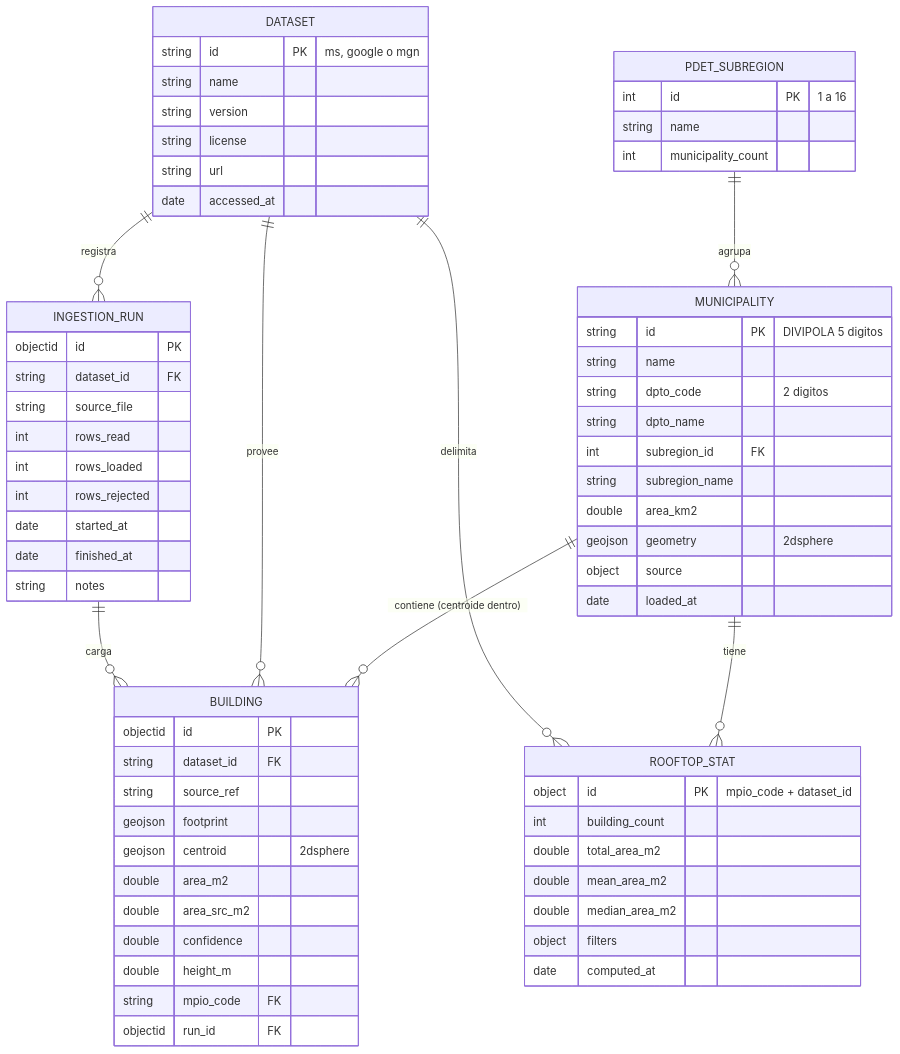
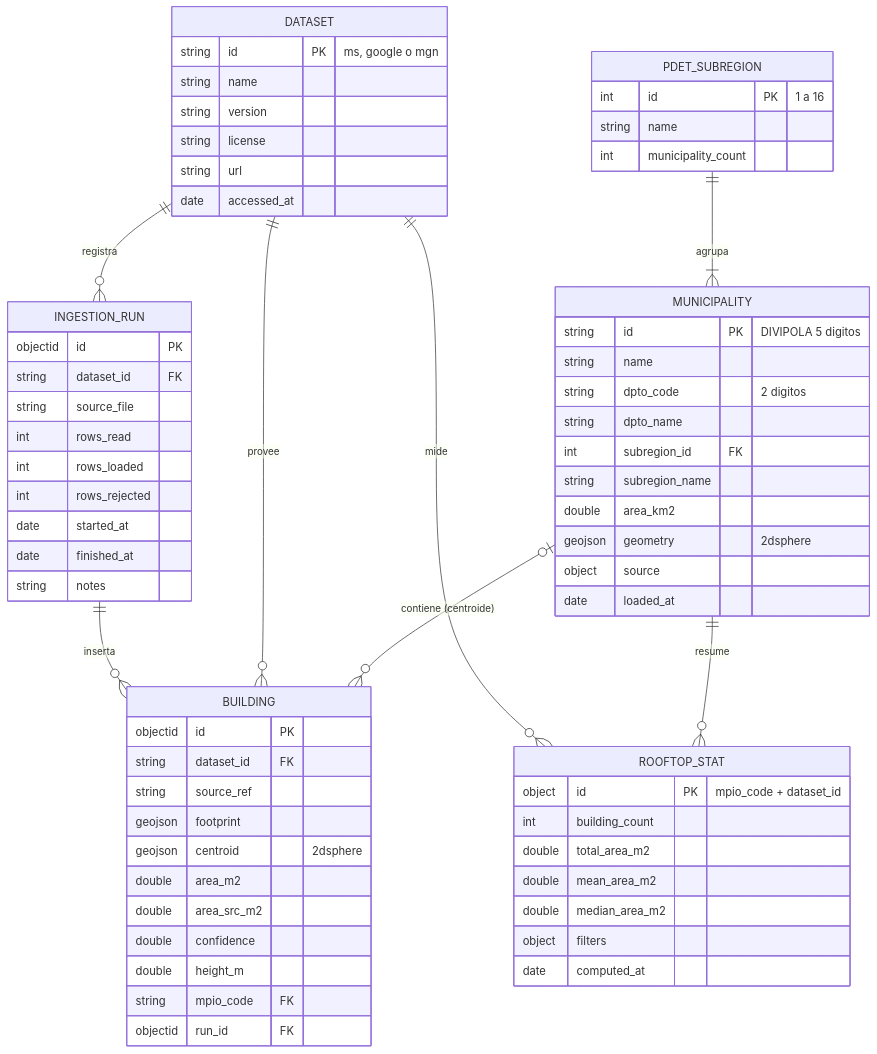
The diagram in docs/delivery1/diagrama_er.md (dba-upme-pdet/techos-solares-pdet), drawn with Mermaid before and after one commit. The commit also changed other lines of this file, not shown here.

Commit message:
Align Mermaid E-R with the final diagram (refs #4)
PDET_SUBREGION to MUNICIPALITY is one-or-many and MUNICIPALITY to
BUILDING is zero-or-one, since mpio_code stays null outside PDET
municipalities. Relationship labels now match the report: inserta,
resume, mide.

````diff
--- a/docs/delivery1/diagrama_er.md
+++ b/docs/delivery1/diagrama_er.md
@@ -10,69 +11,69 @@
 ```mermaid
 erDiagram
-    PDET_SUBREGION ||--o{ MUNICIPALITY : agrupa
-    MUNICIPALITY ||--o{ BUILDING : "contiene (centroide dentro)"
+    PDET_SUBREGION ||--|{ MUNICIPALITY : agrupa
+    MUNICIPALITY |o--o{ BUILDING : "contiene (centroide)"
     DATASET ||--o{ BUILDING : provee
     DATASET ||--o{ INGESTION_RUN : registra
-    INGESTION_RUN ||--o{ BUILDING : carga
-    MUNICIPALITY ||--o{ ROOFTOP_STAT : tiene
-    DATASET ||--o{ ROOFTOP_STAT : delimita
+    INGESTION_RUN ||--o{ BUILDING : inserta
+    MUNICIPALITY ||--o{ ROOFTOP_STAT : resume
+    DATASET ||--o{ ROOFTOP_STAT : mide
 
     PDET_SUBREGION {
         int id PK "1 a 16"
         string name
         int municipality_count
     }
     MUNICIPALITY {
         string id PK "DIVIPOLA 5 digitos"
         string name
         string dpto_code "2 digitos"
         string dpto_name
         int subregion_id FK
         string subregion_name
         double area_km2
         geojson geometry "2dsphere"
         object source
         date loaded_at
     }
     DATASET {
         string id PK "ms, google o mgn"
         string name
         string version
         string license
         string url
         date accessed_at
     }
     BUILDING {
         objectid id PK
         string dataset_id FK
         string source_ref
         geojson footprint
         geojson centroid "2dsphere"
         double area_m2
         double area_src_m2
         double confidence
         double height_m
         string mpio_code FK
         objectid run_id FK
     }
     ROOFTOP_STAT {
         object id PK "mpio_code + dataset_id"
         int building_count
         double total_area_m2
         double mean_area_m2
         double median_area_m2
         object filters
         date computed_at
     }
     INGESTION_RUN {
         objectid id PK
         string dataset_id FK
         string source_file
         int rows_read
         int rows_loaded
         int rows_rejected
         date started_at
         date finished_at
         string notes
     }
 ```
````
